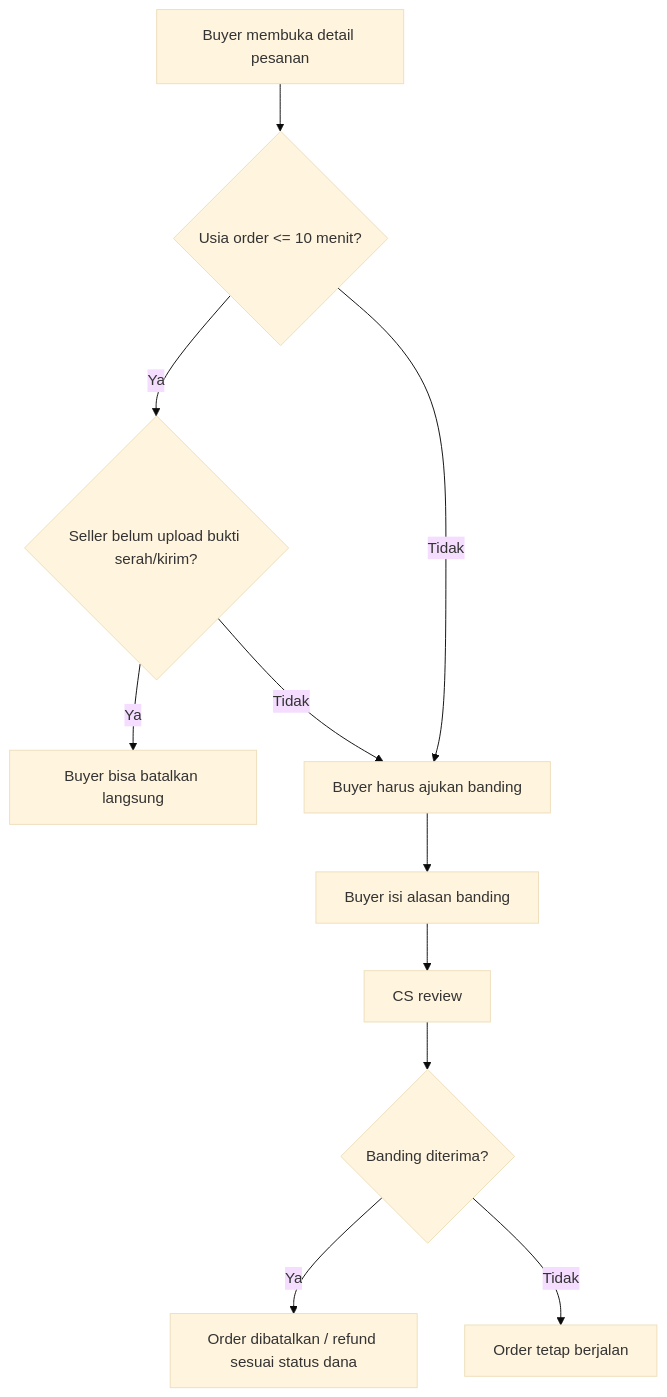
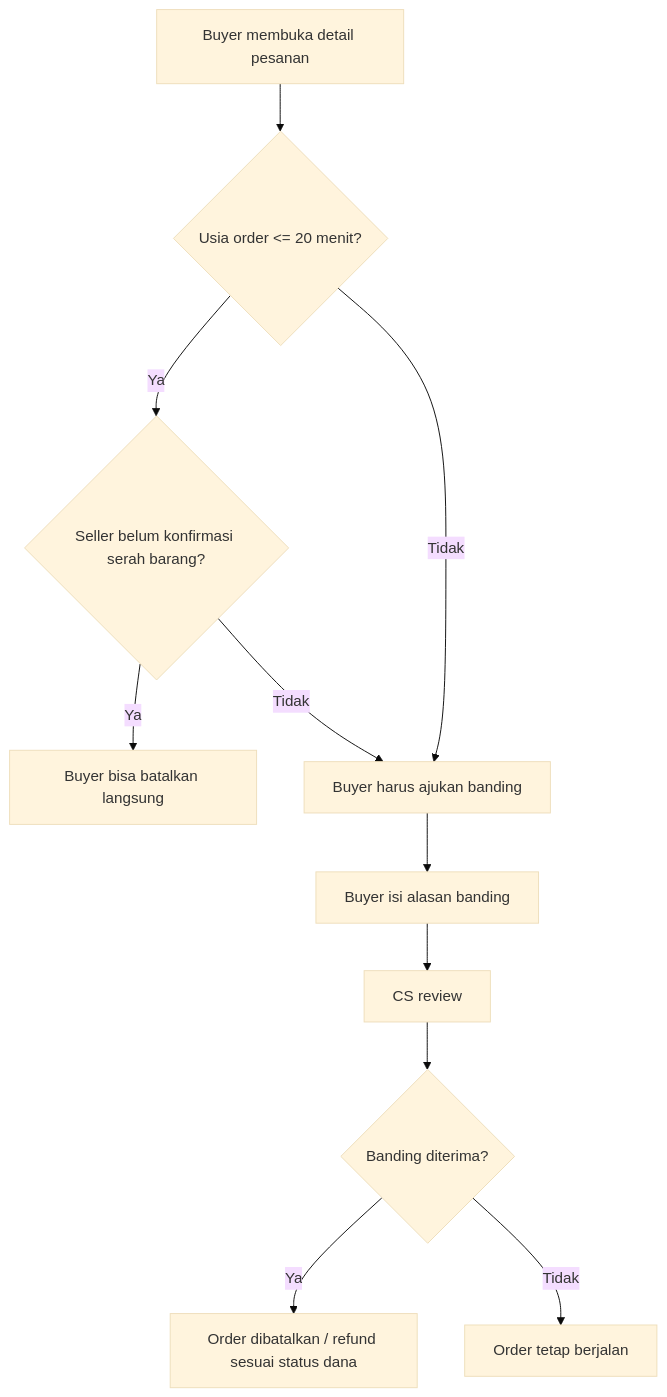
The fourth of 5 diagrams in docs/plans/2026-05-10-unitrade-student-catalog-marketplace-plan.md (Rezkydesyafa/Unitrade-Oddo), drawn with Mermaid (base theme) before and after one commit. The commit also changed other lines of this file and 4 other files, not shown here.

````diff
--- a/docs/plans/2026-05-10-unitrade-student-catalog-marketplace-plan.md
+++ b/docs/plans/2026-05-10-unitrade-student-catalog-marketplace-plan.md
@@ -177,13 +176,13 @@
 ```mermaid
 flowchart TD
-    A["Buyer membuka detail pesanan"] --> B{"Usia order <= 10 menit?"}
-    B -->|"Ya"| C{"Seller belum upload bukti serah/kirim?"}
+    A["Buyer membuka detail pesanan"] --> B{"Usia order <= 20 menit?"}
+    B -->|"Ya"| C{"Seller belum konfirmasi serah barang?"}
     C -->|"Ya"| D["Buyer bisa batalkan langsung"]
     C -->|"Tidak"| E["Buyer harus ajukan banding"]
     B -->|"Tidak"| E
     E --> F["Buyer isi alasan banding"]
     F --> G["CS review"]
     G --> H{"Banding diterima?"}
     H -->|"Ya"| I["Order dibatalkan / refund sesuai status dana"]
     H -->|"Tidak"| J["Order tetap berjalan"]
 ```
````
